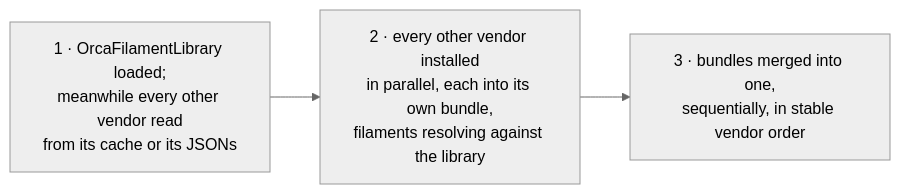
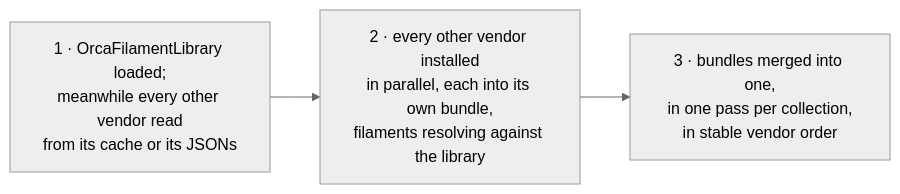
Before and after one commit to 3ricj/OrcaSlicer: the first of 2 diagrams in docs/HLSD/preset-cache.md, drawn with Mermaid (neutral theme). The commit also changed 5 other files, not shown here.

First line of the commit message:
libslic3r: merge the loaded vendors' presets in one pass

````diff
--- a/docs/HLSD/preset-cache.md
+++ b/docs/HLSD/preset-cache.md
@@ -171,4 +171,4 @@
 ```mermaid
 flowchart LR
-    lib["1 · OrcaFilamentLibrary loaded;<br/>meanwhile every other vendor read<br/>from its cache or its JSONs"] --> par["2 · every other vendor installed<br/>in parallel, each into its own bundle,<br/>filaments resolving against the library"] --> merge["3 · bundles merged into one,<br/>sequentially, in stable vendor order"]
+    lib["1 · OrcaFilamentLibrary loaded;<br/>meanwhile every other vendor read<br/>from its cache or its JSONs"] --> par["2 · every other vendor installed<br/>in parallel, each into its own bundle,<br/>filaments resolving against the library"] --> merge["3 · bundles merged into one,<br/>in one pass per collection,<br/>in stable vendor order"]
 ```
````
